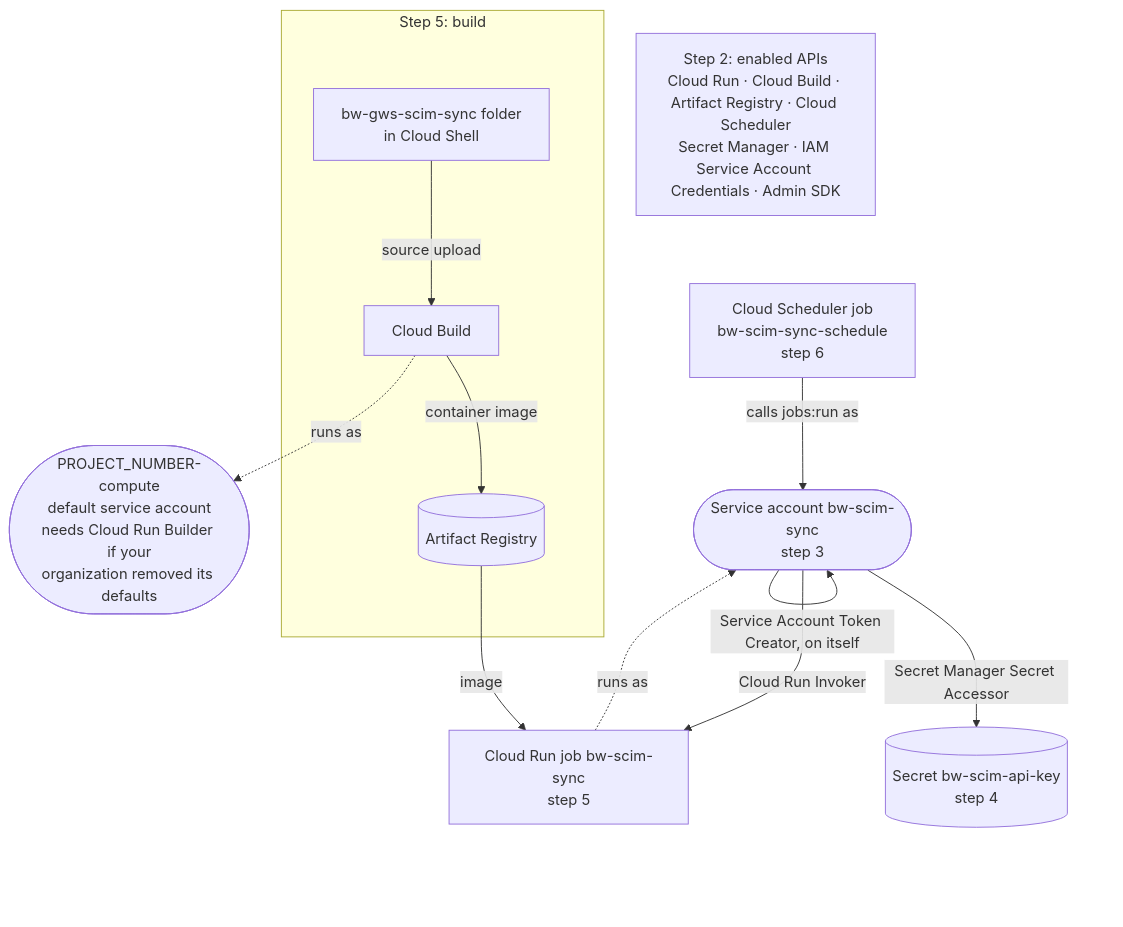
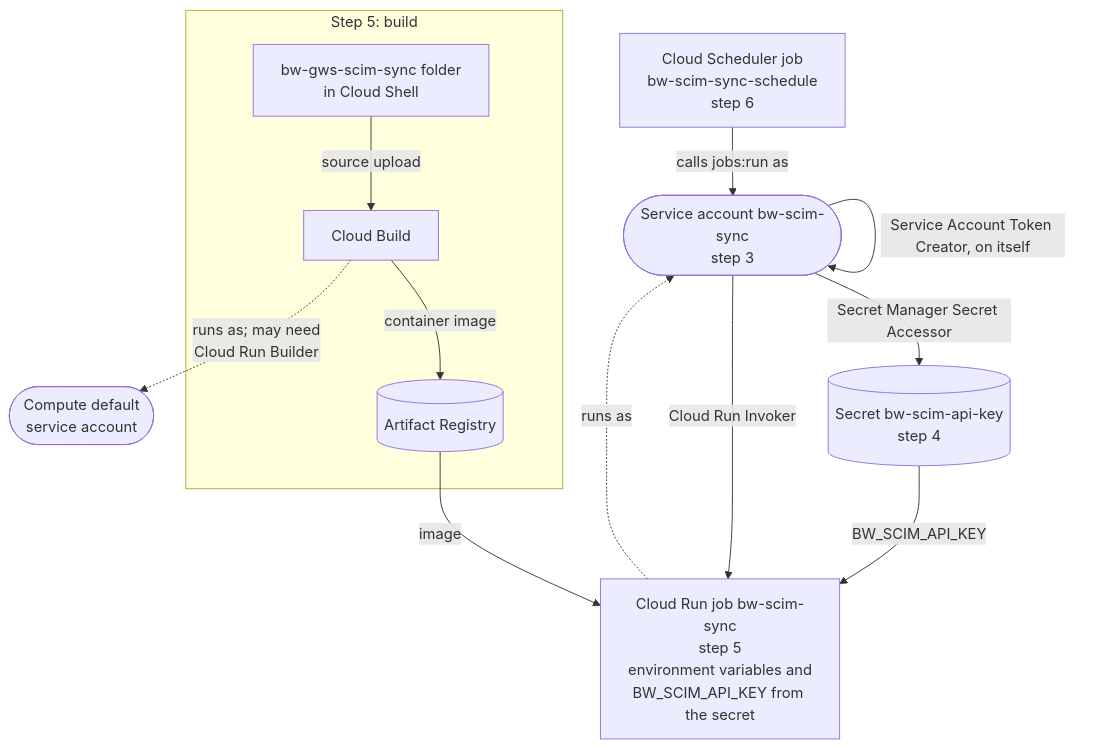
The diagram in MANUAL_SETUP.md (bitwarden-labs/bw-gws-scim-sync), drawn with Mermaid before and after one commit. The commit also changed other lines of this file and 3 other files, not shown here.

First line of the commit message:
setup.sh reads the deployed job on reruns; diagrams show the settings

````diff
--- a/MANUAL_SETUP.md
+++ b/MANUAL_SETUP.md
@@ -17,19 +18,19 @@
 ```mermaid
 flowchart TB
     SA(["Service account bw-scim-sync<br/>step 3"])
     SECRET[("Secret bw-scim-api-key<br/>step 4")]
-    JOB["Cloud Run job bw-scim-sync<br/>step 5"]
+    JOB["Cloud Run job bw-scim-sync<br/>step 5<br/>environment variables and<br/>BW_SCIM_API_KEY from the secret"]
     SCHED["Cloud Scheduler job<br/>bw-scim-sync-schedule<br/>step 6"]
     SA -- "Service Account Token Creator, on itself" --> SA
     SA -- "Secret Manager Secret Accessor" --> SECRET
+    SECRET -- "BW_SCIM_API_KEY" --> JOB
     SA -- "Cloud Run Invoker" --> JOB
     JOB -. "runs as" .-> SA
     SCHED -- "calls jobs:run as" --> SA
     subgraph BUILD["Step 5: build"]
         SRC["bw-gws-scim-sync folder<br/>in Cloud Shell"] -- "source upload" --> CB["Cloud Build"]
         CB -- "container image" --> AR[("Artifact Registry")]
     end
     AR -- "image" --> JOB
-    CB -. "runs as" .-> CSA(["PROJECT_NUMBER-compute<br/>default service account<br/>needs Cloud Run Builder if your<br/>organization removed its defaults"])
-    APIS["Step 2: enabled APIs<br/>Cloud Run · Cloud Build · Artifact Registry · Cloud Scheduler<br/>Secret Manager · IAM Service Account Credentials · Admin SDK"]
+    CB -. "runs as; may need<br/>Cloud Run Builder" .-> CSA(["Compute default<br/>service account"])
 ```
````
